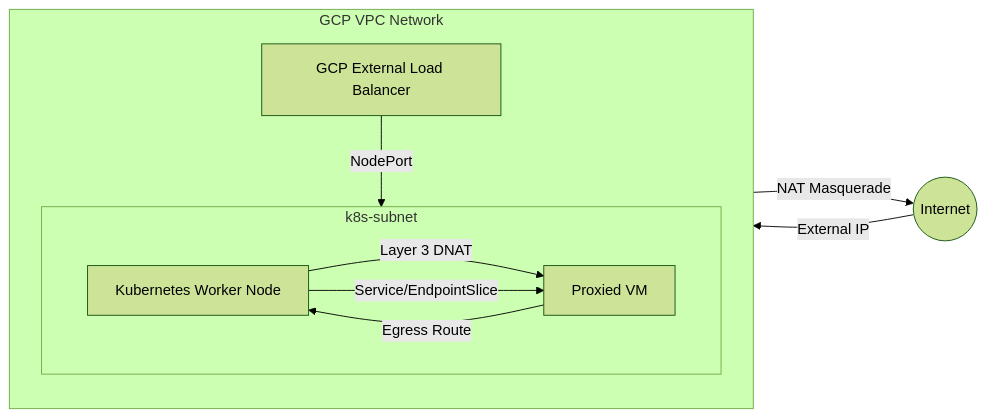
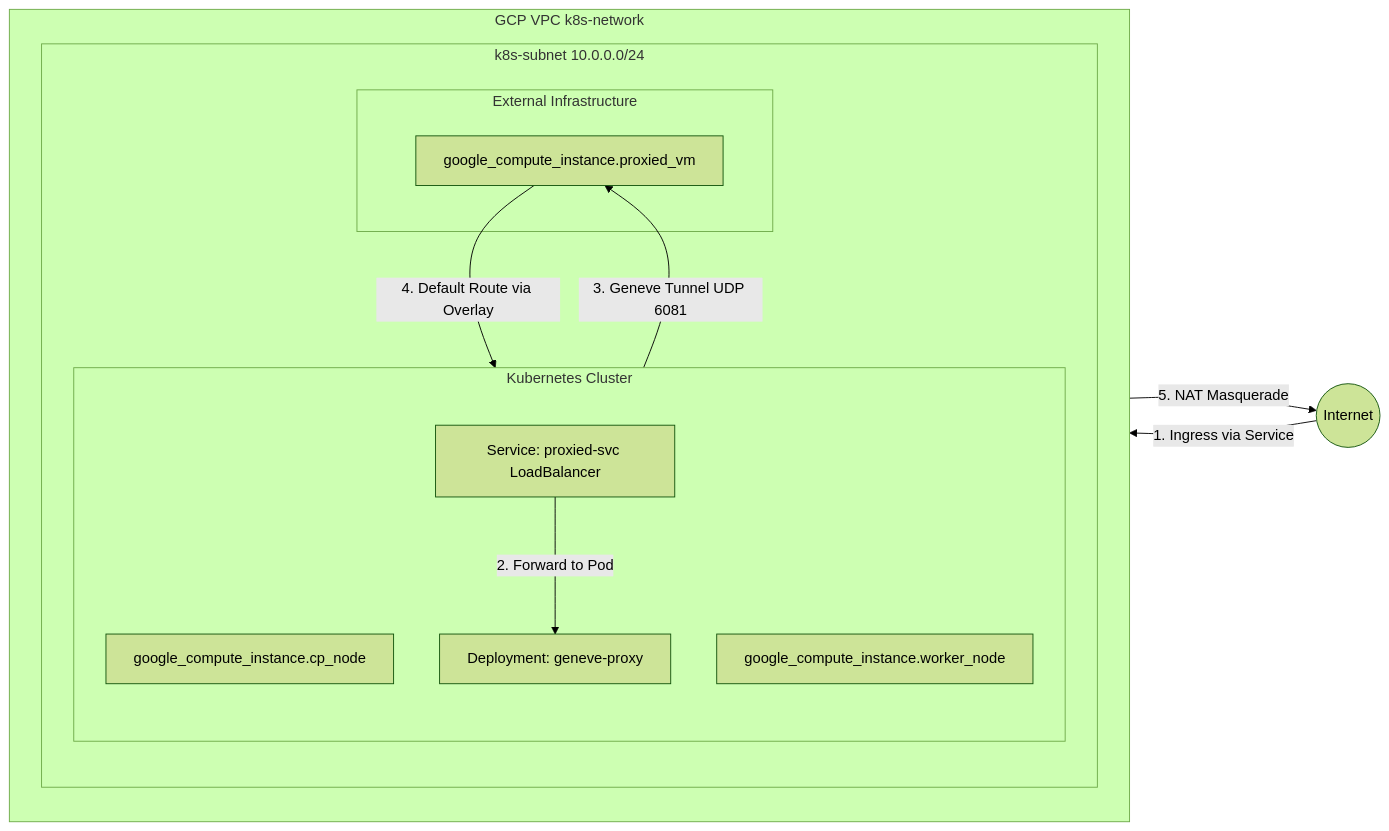
One commit to linde/gcp-k8s-isolated-vm changed the diagram in README.md. Above: the diagram before and after it, drawn with Mermaid (forest theme). The commit also changed other lines of this file and 5 other files, not shown here.

Commit message:
baseline working version with geneve tunnel

````diff
--- a/README.md
+++ b/README.md
@@ -19,26 +18,31 @@
 ```mermaid
 graph LR
     Internet((Internet))
 
-    subgraph VPC [GCP VPC Network]
+    subgraph GCP_VPC [GCP VPC k8s-network]
         direction TB
-        GCP_LB[GCP External Load Balancer]
-        subgraph Subnet [k8s-subnet]
-            direction LR
-            K8s_Node[Kubernetes Worker Node]
-            Proxied_VM[Proxied VM]
+        subgraph Subnet [k8s-subnet 10.0.0.0/24]
+            direction TB
+            subgraph Cluster [Kubernetes Cluster]
+                direction TB
+                CP_Node[google_compute_instance.cp_node]
+                Worker_Node[google_compute_instance.worker_node]
+                Proxy_Pod[Deployment: geneve-proxy]
+                Proxy_SVC[Service: proxied-svc LoadBalancer]
+            end
+
+            subgraph VM [External Infrastructure]
+                Proxied_VM[google_compute_instance.proxied_vm]
+            end
         end
     end
 
     %% Inbound Traffic
-    Internet -->|External IP| GCP_LB
-    GCP_LB -->|NodePort| K8s_Node
-    K8s_Node -->|Layer 3 DNAT| Proxied_VM
-
-    %% Cluster Internal Traffic
-    K8s_Node -->|Service/EndpointSlice| Proxied_VM
+    Internet -->|1. Ingress via Service| Proxy_SVC
+    Proxy_SVC -->|2. Forward to Pod| Proxy_Pod
+    Proxy_Pod -->|3. Geneve Tunnel UDP 6081| Proxied_VM
 
     %% Outbound Traffic (Egress)
-    Proxied_VM -->|Egress Route| K8s_Node
-    K8s_Node -->|NAT Masquerade| Internet
+    Proxied_VM -->|4. Default Route via Overlay| Proxy_Pod
+    Proxy_Pod -->|5. NAT Masquerade| Internet
 ```
````
